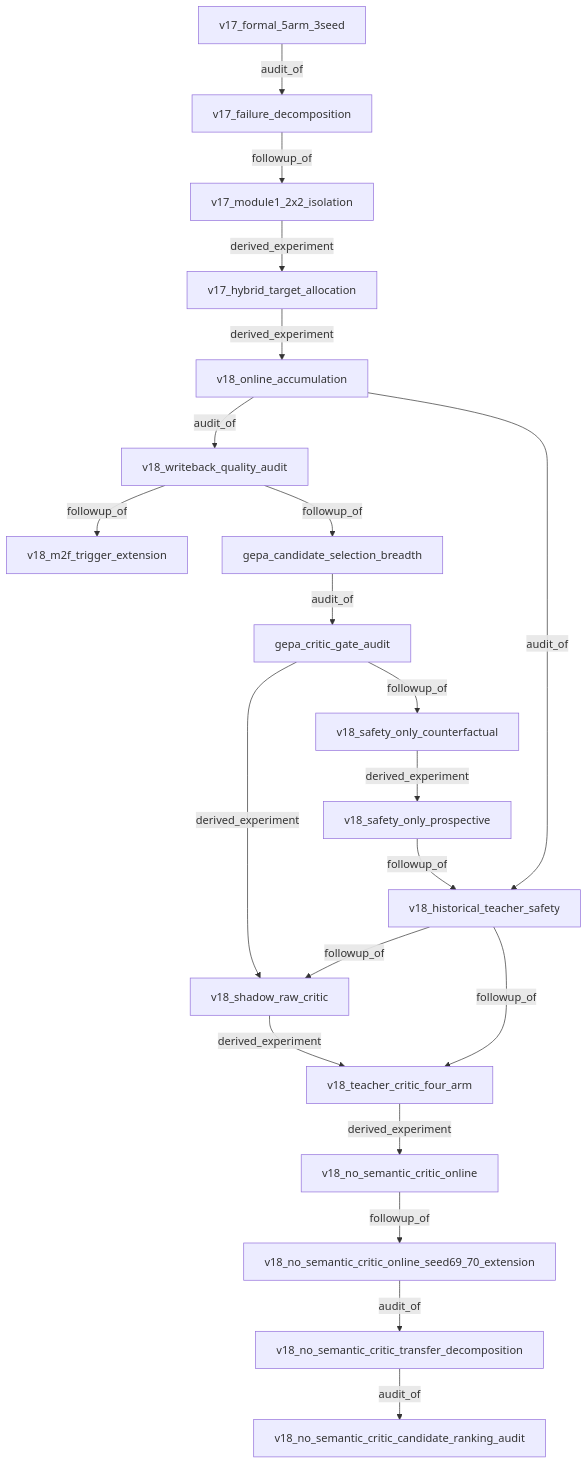
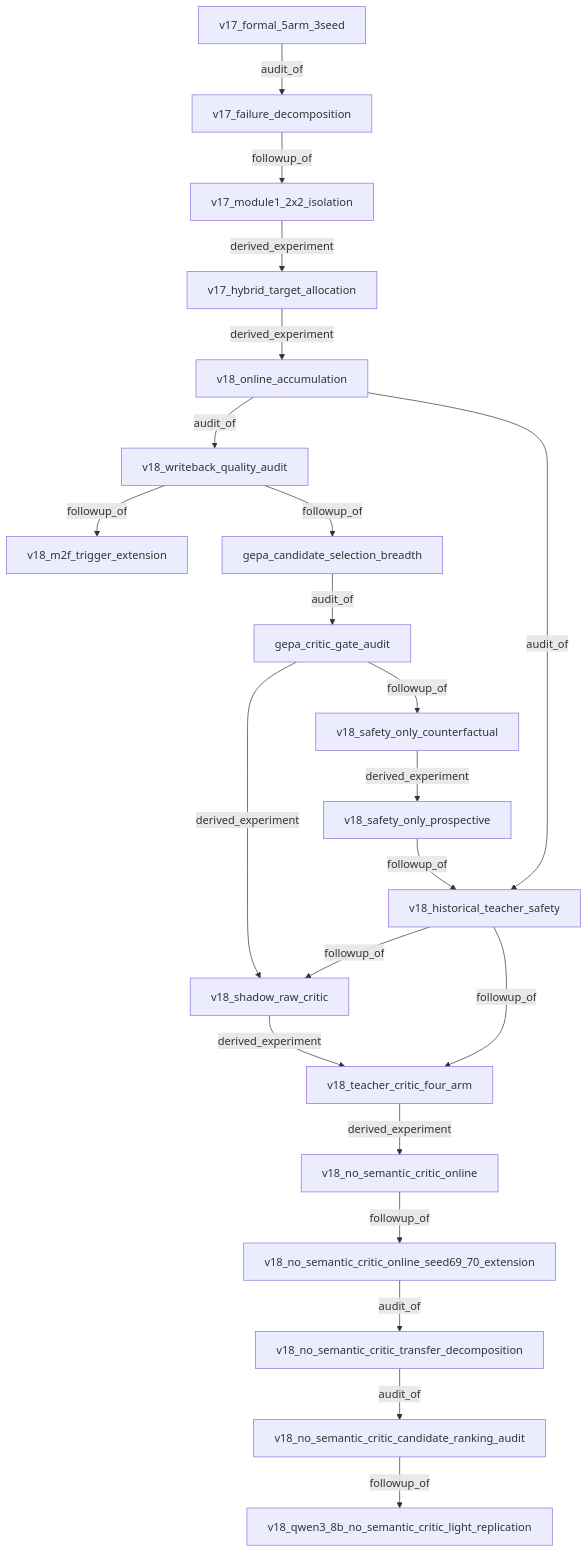
Before and after one commit to mmmmyyyxx/multi_agent_diversity: the diagram in docs/experiments/LINEAGE.md, drawn with Mermaid. The commit also changed other lines of this file and 7 other files, not shown here.

Commit message:
Prepare Qwen3-8B pipeline replication

````diff
--- a/docs/experiments/LINEAGE.md
+++ b/docs/experiments/LINEAGE.md
@@ -5,23 +5,24 @@
 ```mermaid
 graph TD
   v17_formal_5arm_3seed["v17_formal_5arm_3seed"] -->|audit_of| v17_failure_decomposition["v17_failure_decomposition"]
   v17_failure_decomposition["v17_failure_decomposition"] -->|followup_of| v17_module1_2x2_isolation["v17_module1_2x2_isolation"]
   v17_module1_2x2_isolation["v17_module1_2x2_isolation"] -->|derived_experiment| v17_hybrid_target_allocation["v17_hybrid_target_allocation"]
   v17_hybrid_target_allocation["v17_hybrid_target_allocation"] -->|derived_experiment| v18_online_accumulation["v18_online_accumulation"]
   v18_online_accumulation["v18_online_accumulation"] -->|audit_of| v18_writeback_quality_audit["v18_writeback_quality_audit"]
   v18_writeback_quality_audit["v18_writeback_quality_audit"] -->|followup_of| v18_m2f_trigger_extension["v18_m2f_trigger_extension"]
   v18_writeback_quality_audit["v18_writeback_quality_audit"] -->|followup_of| gepa_candidate_selection_breadth["gepa_candidate_selection_breadth"]
   gepa_candidate_selection_breadth["gepa_candidate_selection_breadth"] -->|audit_of| gepa_critic_gate_audit["gepa_critic_gate_audit"]
   gepa_critic_gate_audit["gepa_critic_gate_audit"] -->|followup_of| v18_safety_only_counterfactual["v18_safety_only_counterfactual"]
   v18_safety_only_counterfactual["v18_safety_only_counterfactual"] -->|derived_experiment| v18_safety_only_prospective["v18_safety_only_prospective"]
   v18_safety_only_prospective["v18_safety_only_prospective"] -->|followup_of| v18_historical_teacher_safety["v18_historical_teacher_safety"]
   v18_online_accumulation["v18_online_accumulation"] -->|audit_of| v18_historical_teacher_safety["v18_historical_teacher_safety"]
   gepa_critic_gate_audit["gepa_critic_gate_audit"] -->|derived_experiment| v18_shadow_raw_critic["v18_shadow_raw_critic"]
   v18_historical_teacher_safety["v18_historical_teacher_safety"] -->|followup_of| v18_shadow_raw_critic["v18_shadow_raw_critic"]
   v18_shadow_raw_critic["v18_shadow_raw_critic"] -->|derived_experiment| v18_teacher_critic_four_arm["v18_teacher_critic_four_arm"]
   v18_historical_teacher_safety["v18_historical_teacher_safety"] -->|followup_of| v18_teacher_critic_four_arm["v18_teacher_critic_four_arm"]
   v18_teacher_critic_four_arm["v18_teacher_critic_four_arm"] -->|derived_experiment| v18_no_semantic_critic_online["v18_no_semantic_critic_online"]
   v18_no_semantic_critic_online["v18_no_semantic_critic_online"] -->|followup_of| v18_no_semantic_critic_online_seed69_70_extension["v18_no_semantic_critic_online_seed69_70_extension"]
   v18_no_semantic_critic_online_seed69_70_extension["v18_no_semantic_critic_online_seed69_70_extension"] -->|audit_of| v18_no_semantic_critic_transfer_decomposition["v18_no_semantic_critic_transfer_decomposition"]
   v18_no_semantic_critic_transfer_decomposition["v18_no_semantic_critic_transfer_decomposition"] -->|audit_of| v18_no_semantic_critic_candidate_ranking_audit["v18_no_semantic_critic_candidate_ranking_audit"]
+  v18_no_semantic_critic_candidate_ranking_audit["v18_no_semantic_critic_candidate_ranking_audit"] -->|followup_of| v18_qwen3_8b_no_semantic_critic_light_replication["v18_qwen3_8b_no_semantic_critic_light_replication"]
 ```
````
